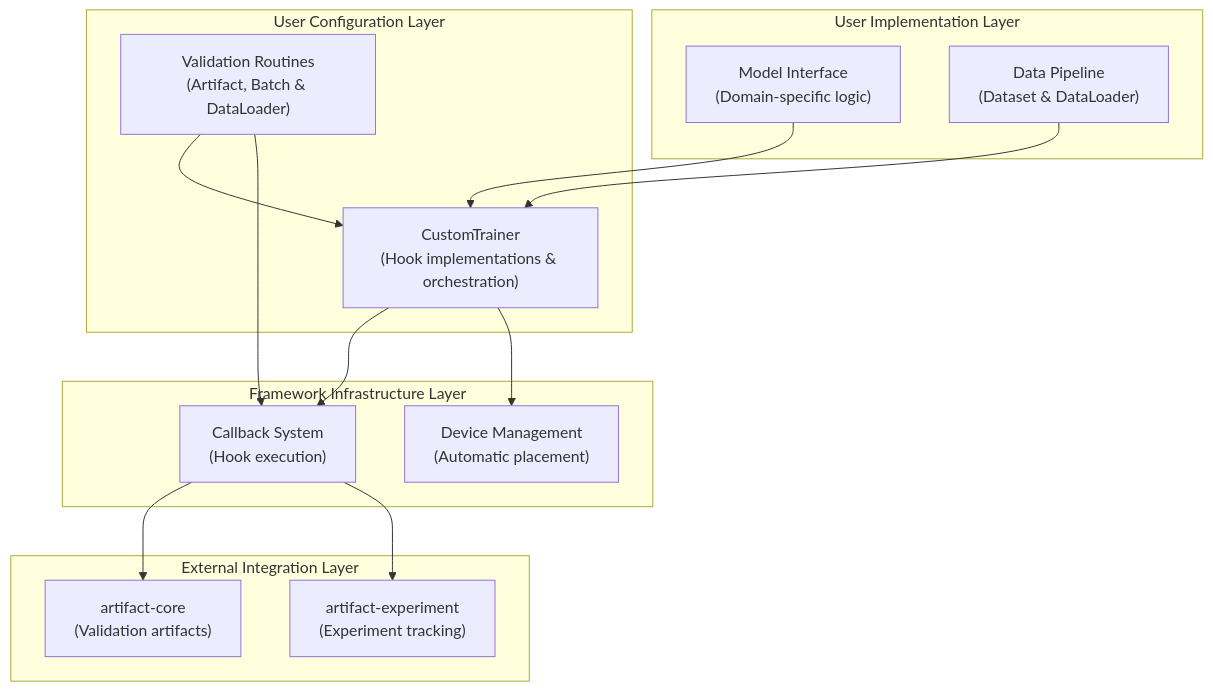
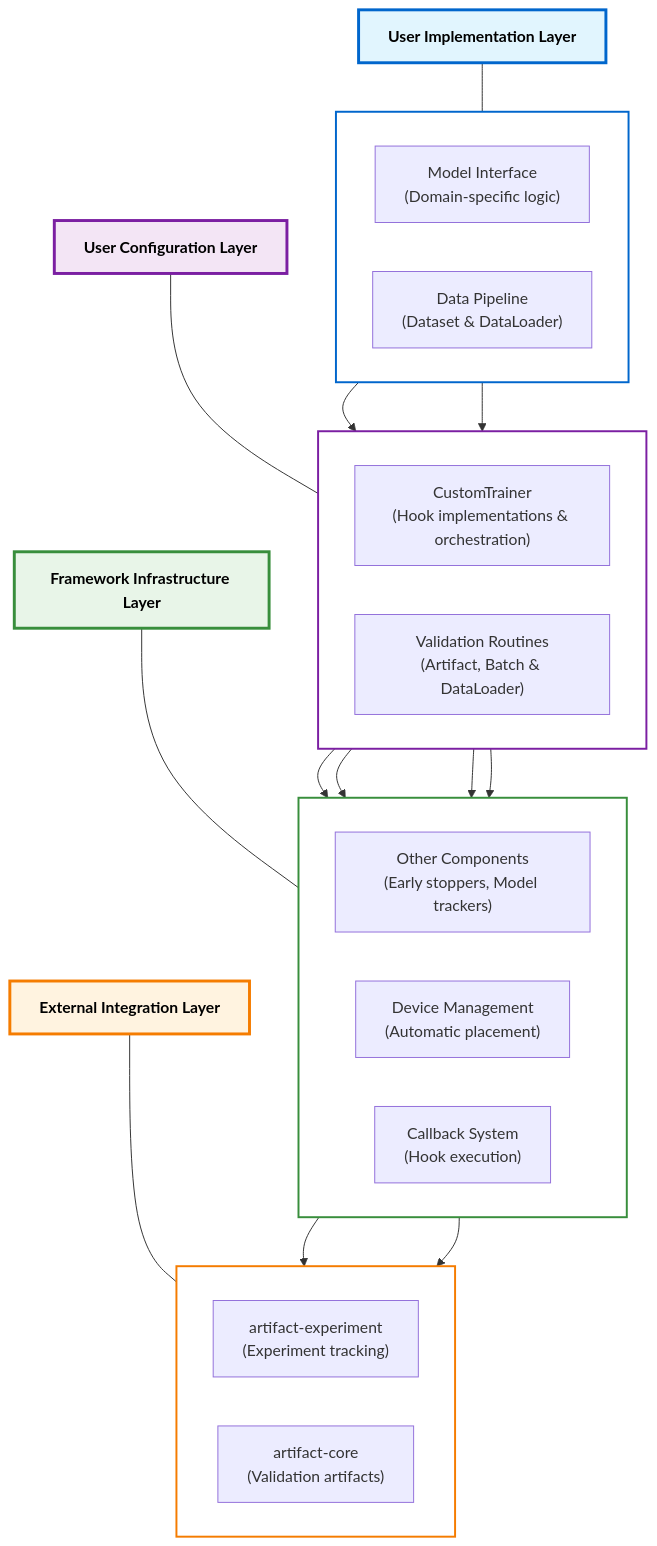
Before and after one commit to vasileios-ektor-papoulias/artifact-ml: the diagram in artifact-torch/README.md, drawn with Mermaid.

````diff
--- a/artifact-torch/README.md
+++ b/artifact-torch/README.md
@@ -30,33 +30,73 @@
 ```mermaid
-graph TB
-    subgraph "User Implementation Layer"
+graph TD
+    %% Layer labels
+    ImplLabel["<b>User Implementation Layer</b>"]
+    ConfigLabel["<b>User Configuration Layer</b>"]
+    InfraLabel["<b>Framework Infrastructure Layer</b>"]
+    ExternalLabel["<b>External Integration Layer</b>"]
+    
+    %% Layer groupings with better horizontal distribution
+    subgraph impl [" "]
+        direction LR
         Model["Model Interface<br/>(Domain-specific logic)"]
         Data["Data Pipeline<br/>(Dataset & DataLoader)"]
     end
     
-    subgraph "User Configuration Layer"
+    subgraph config [" "]
+        direction LR
         Trainer["CustomTrainer<br/>(Hook implementations & orchestration)"]
         Routines["Validation Routines<br/>(Artifact, Batch & DataLoader)"]
     end
     
-    subgraph "Framework Infrastructure Layer"
+    subgraph infra [" "]
+        direction LR
+        Components["Other Components<br/>(Early stoppers, Model trackers)"]
+        Device["Device Management<br/>(Automatic placement)"]
         Callbacks["Callback System<br/>(Hook execution)"]
-        Device["Device Management<br/>(Automatic placement)"]
     end
     
-    subgraph "External Integration Layer"
+    subgraph external [" "]
+        direction LR
+        ArtifactExp["artifact-experiment<br/>(Experiment tracking)"]
         ArtifactCore["artifact-core<br/>(Validation artifacts)"]
-        ArtifactExp["artifact-experiment<br/>(Experiment tracking)"]
     end
     
+    %% Component connections with optimal ordering
+    %% Implementation to Configuration
     Model --> Trainer
     Data --> Trainer
-    Routines --> Trainer
+    
+    %% Configuration to Infrastructure (left to right order)
+    Trainer --> Device
+    Trainer --> Components  
+    Trainer --> Callbacks
+    
+    %% Routine to Infrastructure
     Routines --> Callbacks
     
-    Trainer --> Callbacks
-    Trainer --> Device
-    
+    %% Infrastructure to External
     Callbacks --> ArtifactCore
     Callbacks --> ArtifactExp
+    
+    %% Style layer labels with positioning
+    style ImplLabel fill:#e1f5fe,stroke:#0066cc,stroke-width:3px,color:#000000
+    style ConfigLabel fill:#f3e5f5,stroke:#7b1fa2,stroke-width:3px,color:#000000
+    style InfraLabel fill:#e8f5e8,stroke:#388e3c,stroke-width:3px,color:#000000
+    style ExternalLabel fill:#fff3e0,stroke:#f57c00,stroke-width:3px,color:#000000
+    
+    %% Style layer boxes
+    style impl fill:#ffffff,stroke:#0066cc,stroke-width:2px
+    style config fill:#ffffff,stroke:#7b1fa2,stroke-width:2px
+    style infra fill:#ffffff,stroke:#388e3c,stroke-width:2px
+    style external fill:#ffffff,stroke:#f57c00,stroke-width:2px
+    
+    %% Clean vertical spacing only
+    ImplLabel --- impl
+    ConfigLabel --- config  
+    InfraLabel --- infra
+    ExternalLabel --- external
+    
+    impl ~~~ config
+    config ~~~ infra
+    infra ~~~ external
 ```
````
